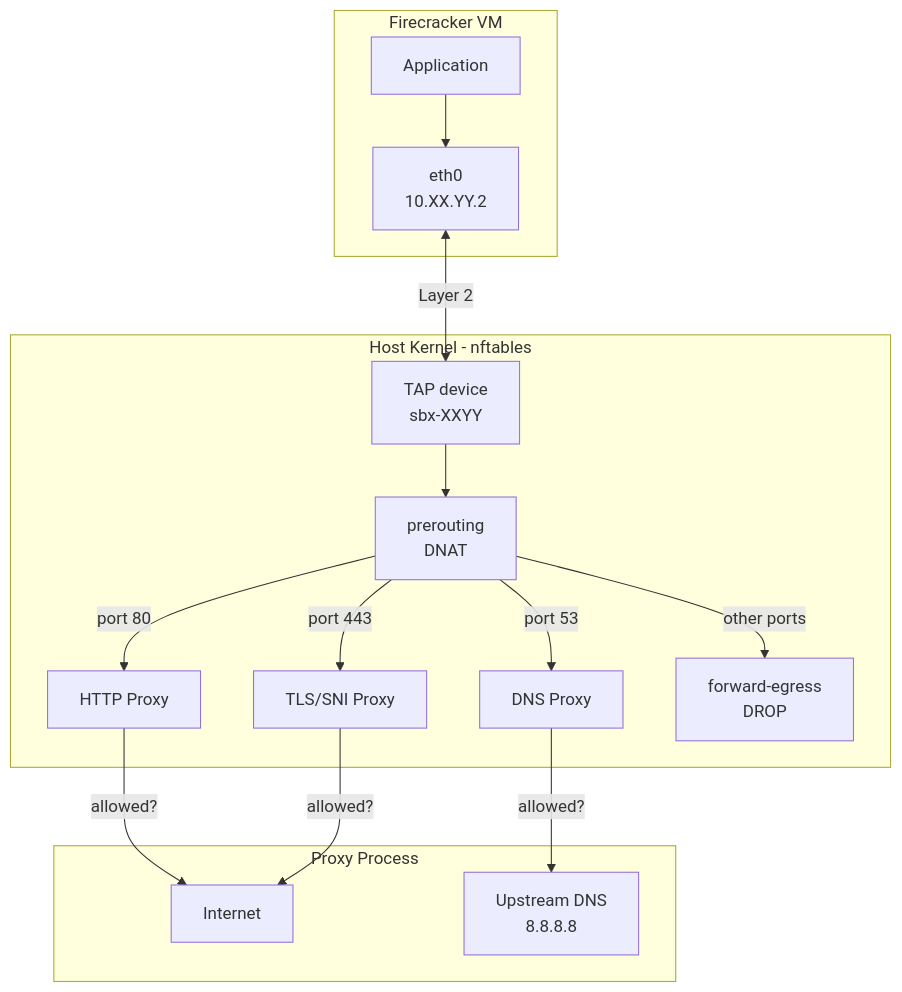
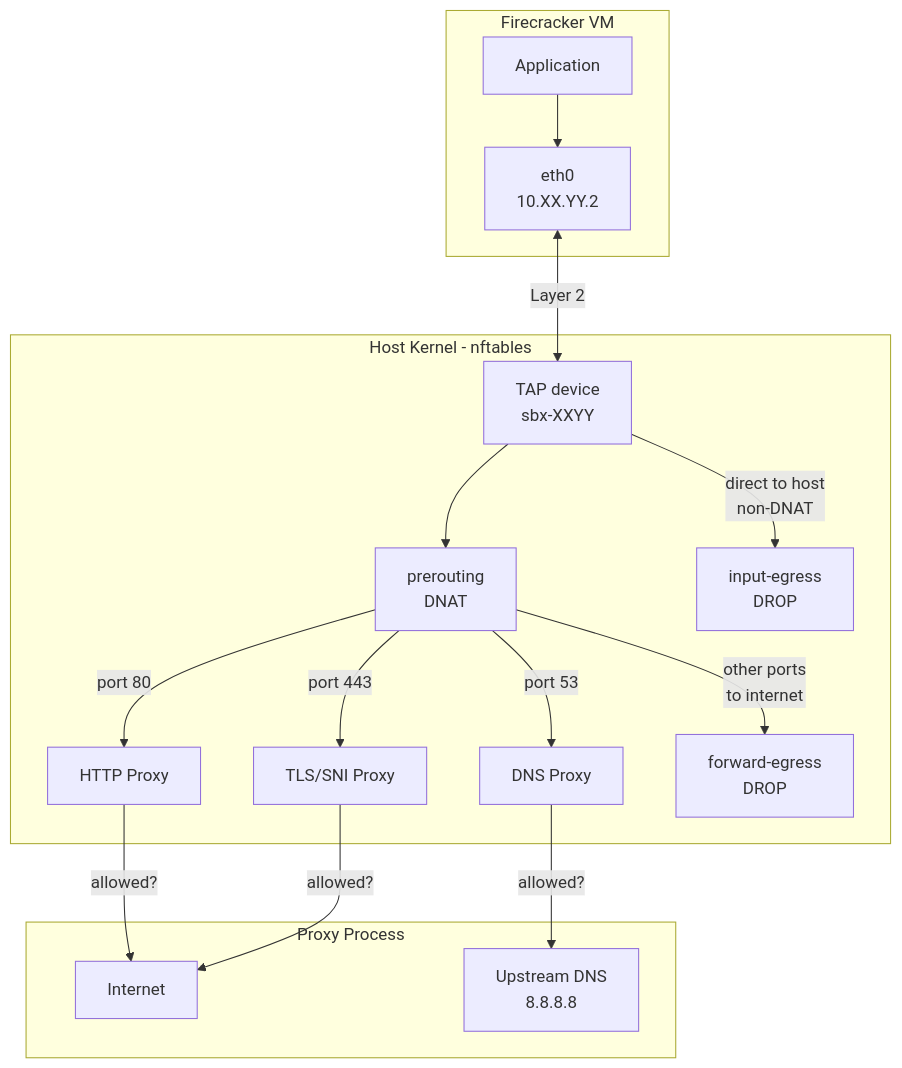
One commit to slok/sbx changed the second of 6 diagrams in docs/networking.md. Above: the diagram before and after it, drawn with Mermaid. The commit also changed other lines of this file and 2 other files, not shown here.

First line of the commit message:
Add nftables INPUT chain to block VM-to-host traffic (#52)

````diff
--- a/docs/networking.md
+++ b/docs/networking.md
@@ -25,22 +25,23 @@
 ```mermaid
 graph TB
     subgraph Firecracker VM
         APP[Application] --> ETH0[eth0<br/>10.XX.YY.2]
     end
 
     ETH0 <-->|Layer 2| TAP[TAP device<br/>sbx-XXYY]
 
     subgraph Host Kernel - nftables
         TAP --> PRE[prerouting<br/>DNAT]
         PRE -->|port 80| HTTP_P[HTTP Proxy]
         PRE -->|port 443| TLS_P[TLS/SNI Proxy]
         PRE -->|port 53| DNS_P[DNS Proxy]
-        PRE -->|other ports| FWD[forward-egress<br/>DROP]
+        PRE -->|other ports<br/>to internet| FWD[forward-egress<br/>DROP]
+        TAP -->|direct to host<br/>non-DNAT| INPUT[input-egress<br/>DROP]
     end
 
     subgraph Proxy Process
         HTTP_P -->|allowed?| INET[Internet]
         TLS_P -->|allowed?| INET
         DNS_P -->|allowed?| UPSTREAM[Upstream DNS<br/>8.8.8.8]
     end
 ```
````
